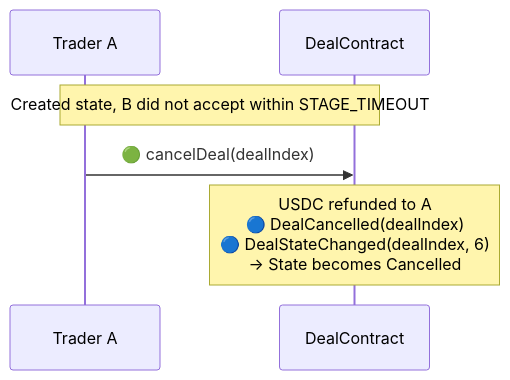
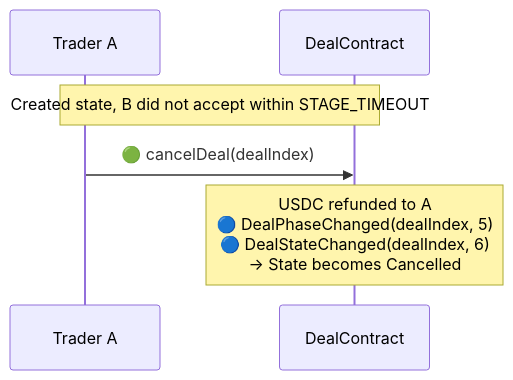
One commit to synctxai/synctx changed the third of 9 diagrams in examples/x-quote/x-quote-design.md. Above: the diagram before and after it, drawn with Mermaid. The commit also changed other lines of this file and 1 other file, not shown here.

First line of the commit message:
refactor: simplify DealBase and update x-quote design doc

````diff
--- a/examples/x-quote/x-quote-design.md
+++ b/examples/x-quote/x-quote-design.md
@@ -326,9 +316,9 @@
 ```mermaid
 sequenceDiagram
     participant A as Trader A
     participant D as DealContract
 
     Note over A,D: Created state, B did not accept within STAGE_TIMEOUT
     A->>D: 🟢 cancelDeal(dealIndex)
-    Note over D: USDC refunded to A<br/>🔵 DealCancelled(dealIndex)<br/>🔵 DealStateChanged(dealIndex, 6)<br/>→ State becomes Cancelled
+    Note over D: USDC refunded to A<br/>🔵 DealPhaseChanged(dealIndex, 5)<br/>🔵 DealStateChanged(dealIndex, 6)<br/>→ State becomes Cancelled
 ```
````
